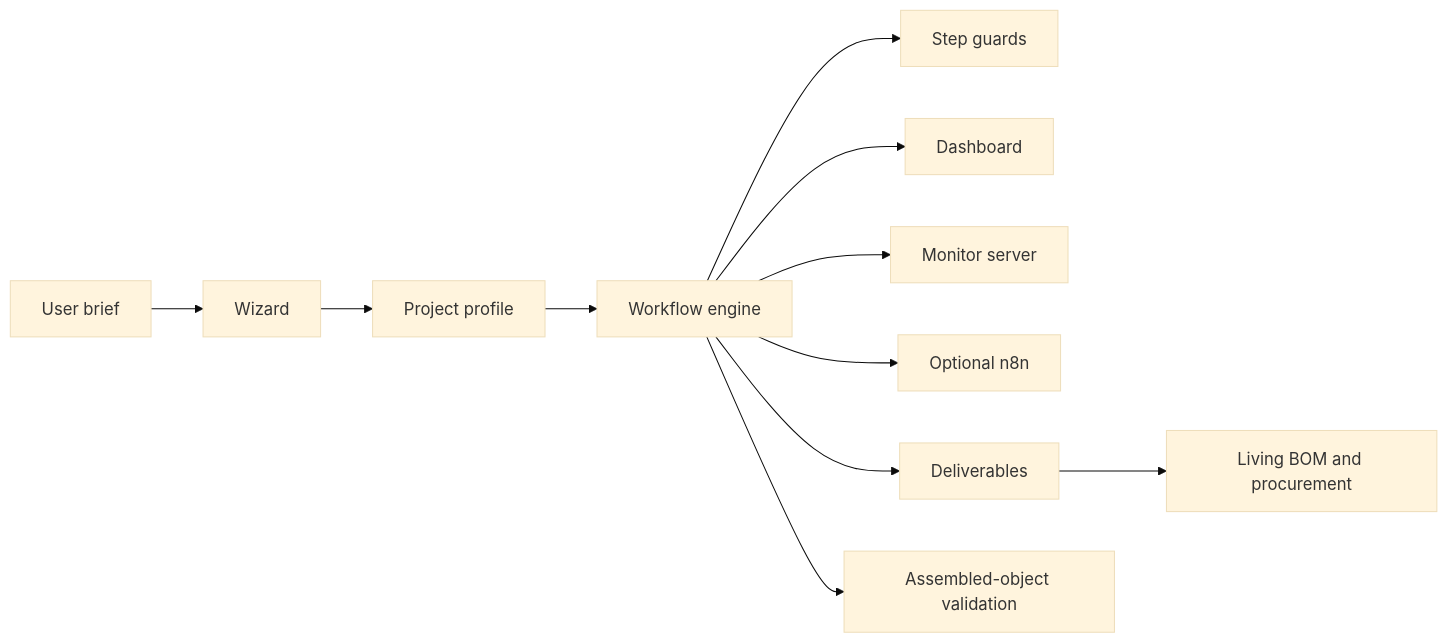
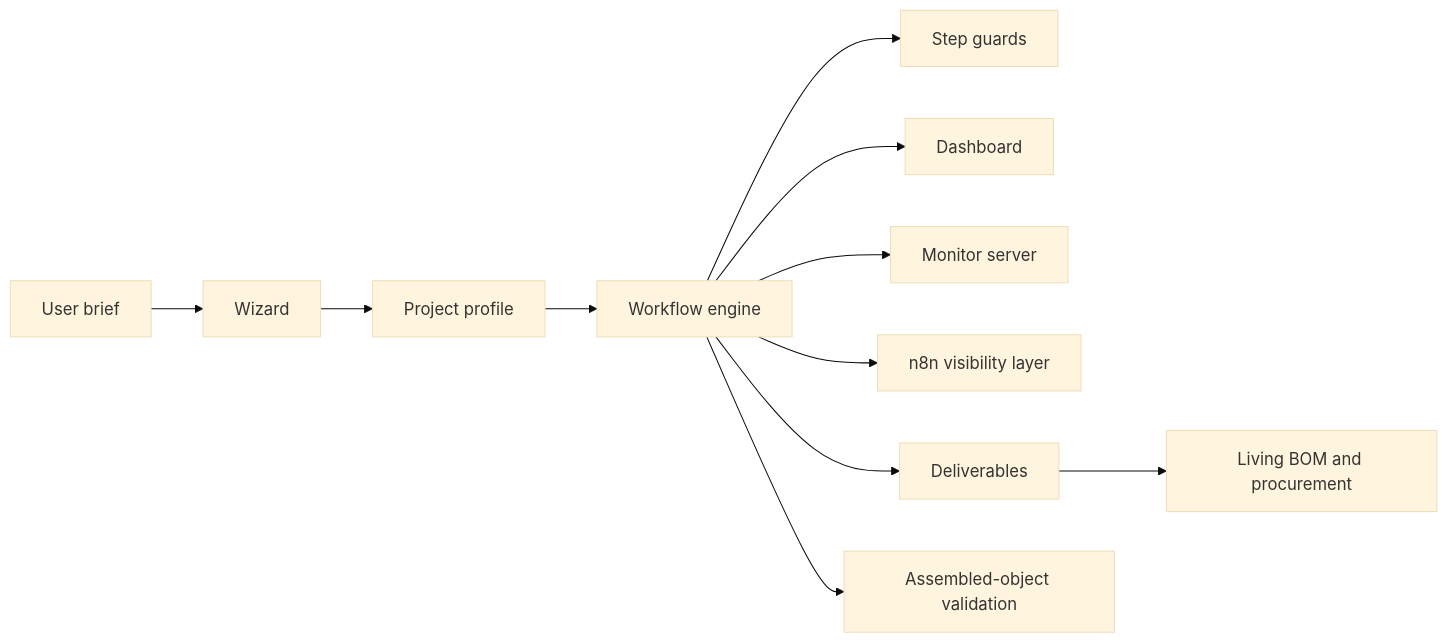
Before and after one commit to ipanov/aeroforge: the diagram in docs/framework/overview.md, drawn with Mermaid (base theme). The commit also changed 23 other files, not shown here.

````diff
--- a/docs/framework/overview.md
+++ b/docs/framework/overview.md
@@ -35,13 +35,13 @@
 ```mermaid
 flowchart LR
     A[User brief] --> B[Wizard]
     B --> C[Project profile]
     C --> D[Workflow engine]
     D --> E[Step guards]
     D --> F[Dashboard]
     D --> G[Monitor server]
-    D --> H[Optional n8n]
+    D --> H[n8n visibility layer]
     D --> I[Deliverables]
     I --> J[Living BOM and procurement]
     D --> K[Assembled-object validation]
 ```
````
